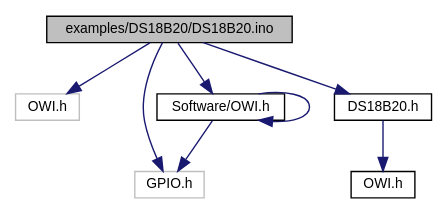
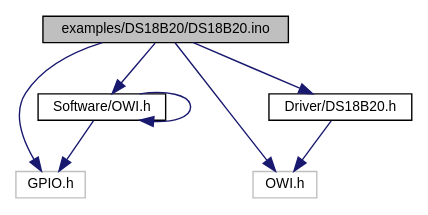
One commit to mikaelpatel/mikaelpatel.github.io changed the diagram in Arduino-OWI/d9/dc1/DS18B20_8ino__incl.dot. Above: the diagram before and after it, drawn with Graphviz. The commit also changed 69 other files, not shown here.

```diff
--- a/Arduino-OWI/d9/dc1/DS18B20_8ino__incl.dot
+++ b/Arduino-OWI/d9/dc1/DS18B20_8ino__incl.dot
@@ -1,18 +1,17 @@
 digraph "examples/DS18B20/DS18B20.ino"
 {
   edge [fontname="Helvetica",fontsize="10",labelfontname="Helvetica",labelfontsize="10"];
   node [fontname="Helvetica",fontsize="10",shape=record];
   Node1 [label="examples/DS18B20/DS18B20.ino",height=0.2,width=0.4,color="black", fillcolor="grey75", style="filled", fontcolor="black"];
   Node1 -> Node2 [color="midnightblue",fontsize="10",style="solid",fontname="Helvetica"];
-  Node2 [label="OWI.h",height=0.2,width=0.4,color="grey75", fillcolor="white", style="filled"];
+  Node2 [label="GPIO.h",height=0.2,width=0.4,color="grey75", fillcolor="white", style="filled"];
   Node1 -> Node3 [color="midnightblue",fontsize="10",style="solid",fontname="Helvetica"];
-  Node3 [label="GPIO.h",height=0.2,width=0.4,color="grey75", fillcolor="white", style="filled"];
+  Node3 [label="OWI.h",height=0.2,width=0.4,color="grey75", fillcolor="white", style="filled"];
   Node1 -> Node4 [color="midnightblue",fontsize="10",style="solid",fontname="Helvetica"];
   Node4 [label="Software/OWI.h",height=0.2,width=0.4,color="black", fillcolor="white", style="filled",URL="$d7/d2d/Software_2OWI_8h.html"];
   Node4 -> Node4 [color="midnightblue",fontsize="10",style="solid",fontname="Helvetica"];
-  Node4 -> Node3 [color="midnightblue",fontsize="10",style="solid",fontname="Helvetica"];
+  Node4 -> Node2 [color="midnightblue",fontsize="10",style="solid",fontname="Helvetica"];
   Node1 -> Node5 [color="midnightblue",fontsize="10",style="solid",fontname="Helvetica"];
-  Node5 [label="DS18B20.h",height=0.2,width=0.4,color="black", fillcolor="white", style="filled",URL="$d4/d9d/DS18B20_8h.html"];
-  Node5 -> Node6 [color="midnightblue",fontsize="10",style="solid",fontname="Helvetica"];
-  Node6 [label="OWI.h",height=0.2,width=0.4,color="black", fillcolor="white", style="filled",URL="$d5/d27/OWI_8h.html"];
+  Node5 [label="Driver/DS18B20.h",height=0.2,width=0.4,color="black", fillcolor="white", style="filled",URL="$d4/d9d/DS18B20_8h.html"];
+  Node5 -> Node3 [color="midnightblue",fontsize="10",style="solid",fontname="Helvetica"];
 }
```
